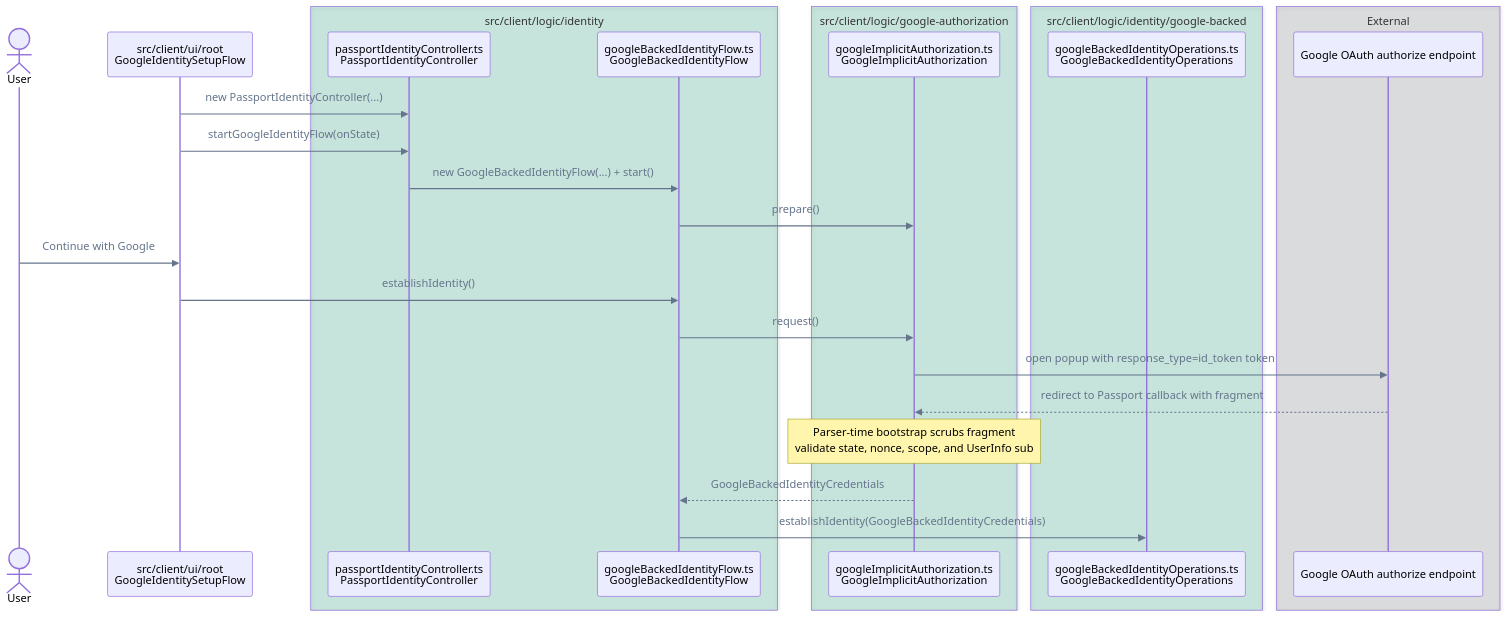
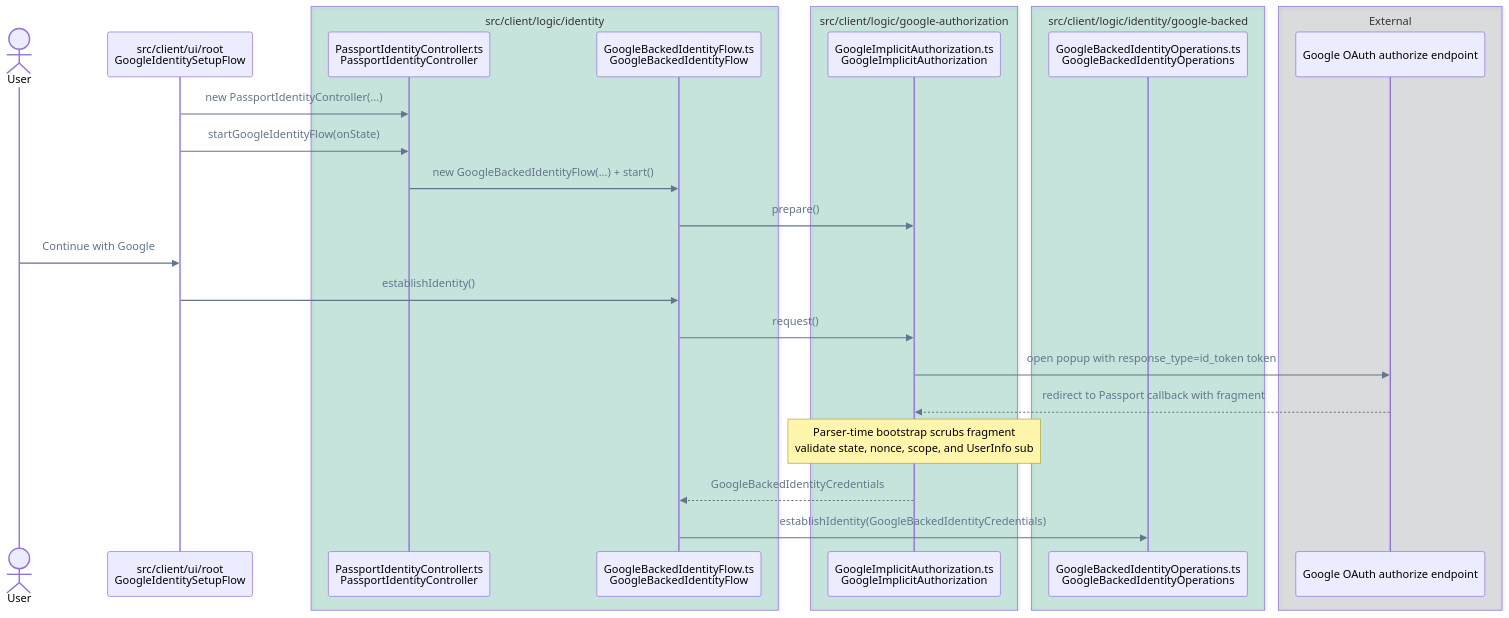
One commit to pubky/pubky-passport changed the seventh of 14 diagrams in FLOWS.md. Above: the diagram before and after it, drawn with Mermaid. The commit also changed other lines of this file and 95 other files, not shown here.

````diff
--- a/FLOWS.md
+++ b/FLOWS.md
@@ -296,34 +296,34 @@
 ```mermaid
 %%{init: {"themeVariables": {"signalColor": "#64748B", "signalTextColor": "#64748B"}}}%%
 sequenceDiagram
     accTitle: Single Google implicit popup call flow
     accDescr: One user click requests identity and Drive scopes; the callback fragment is scrubbed during HTML parsing and credentials remain browser-only.
     actor User
     participant UI as src/client/ui/root<br/>GoogleIdentitySetupFlow
     box rgba(0, 158, 115, 0.18) src/client/logic/identity
-        participant Controller as passportIdentityController.ts<br/>PassportIdentityController
-        participant GoogleFlow as googleBackedIdentityFlow.ts<br/>GoogleBackedIdentityFlow
+        participant Controller as PassportIdentityController.ts<br/>PassportIdentityController
+        participant GoogleFlow as GoogleBackedIdentityFlow.ts<br/>GoogleBackedIdentityFlow
     end
     box rgba(0, 158, 115, 0.18) src/client/logic/google-authorization
-        participant Authorization as googleImplicitAuthorization.ts<br/>GoogleImplicitAuthorization
+        participant Authorization as GoogleImplicitAuthorization.ts<br/>GoogleImplicitAuthorization
     end
     box rgba(0, 158, 115, 0.18) src/client/logic/identity/google-backed
-        participant Operations as googleBackedIdentityOperations.ts<br/>GoogleBackedIdentityOperations
+        participant Operations as GoogleBackedIdentityOperations.ts<br/>GoogleBackedIdentityOperations
     end
     box rgba(17, 24, 39, 0.12) External
         participant OAuth as Google OAuth authorize endpoint
     end
 
     UI->>Controller: new PassportIdentityController(...)
     UI->>Controller: startGoogleIdentityFlow(onState)
     Controller->>GoogleFlow: new GoogleBackedIdentityFlow(...) + start()
     GoogleFlow->>Authorization: prepare()
     User->>UI: Continue with Google
     UI->>GoogleFlow: establishIdentity()
     GoogleFlow->>Authorization: request()
     Authorization->>OAuth: open popup with response_type=id_token token
     OAuth-->>Authorization: redirect to Passport callback with fragment
     Note over Authorization: Parser-time bootstrap scrubs fragment<br/>validate state, nonce, scope, and UserInfo sub
     Authorization-->>GoogleFlow: GoogleBackedIdentityCredentials
     GoogleFlow->>Operations: establishIdentity(GoogleBackedIdentityCredentials)
 ```
````
